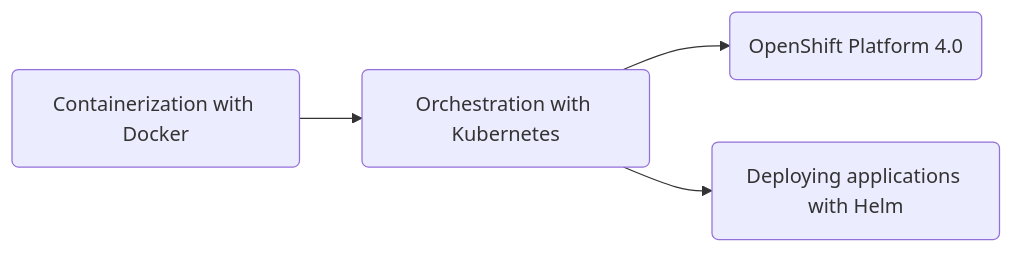
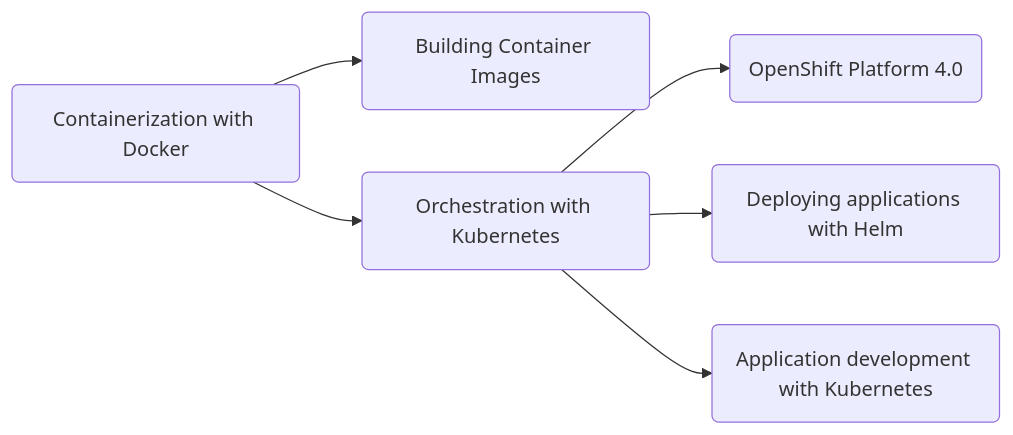
Before and after one commit to rajware/rajware.github.io: the first of 2 diagrams in content/services/training/index.md, drawn with Mermaid. The commit also changed other lines of this file and 1 other file, not shown here.

````diff
--- a/content/services/training/index.md
+++ b/content/services/training/index.md
@@ -29,10 +34,14 @@
 ```mermaid
 flowchart LR
 C0(Containerization with Docker)
+C1(Building Container Images)
 K0(Orchestration with Kubernetes)
 O0(OpenShift Platform 4.0)
 H0(Deploying applications with Helm)
+K1(Application development with Kubernetes)
 C0 --> K0
+C0 --> C1
 K0 --> O0
 K0 --> H0
+K0 --> K1
 ```
````
